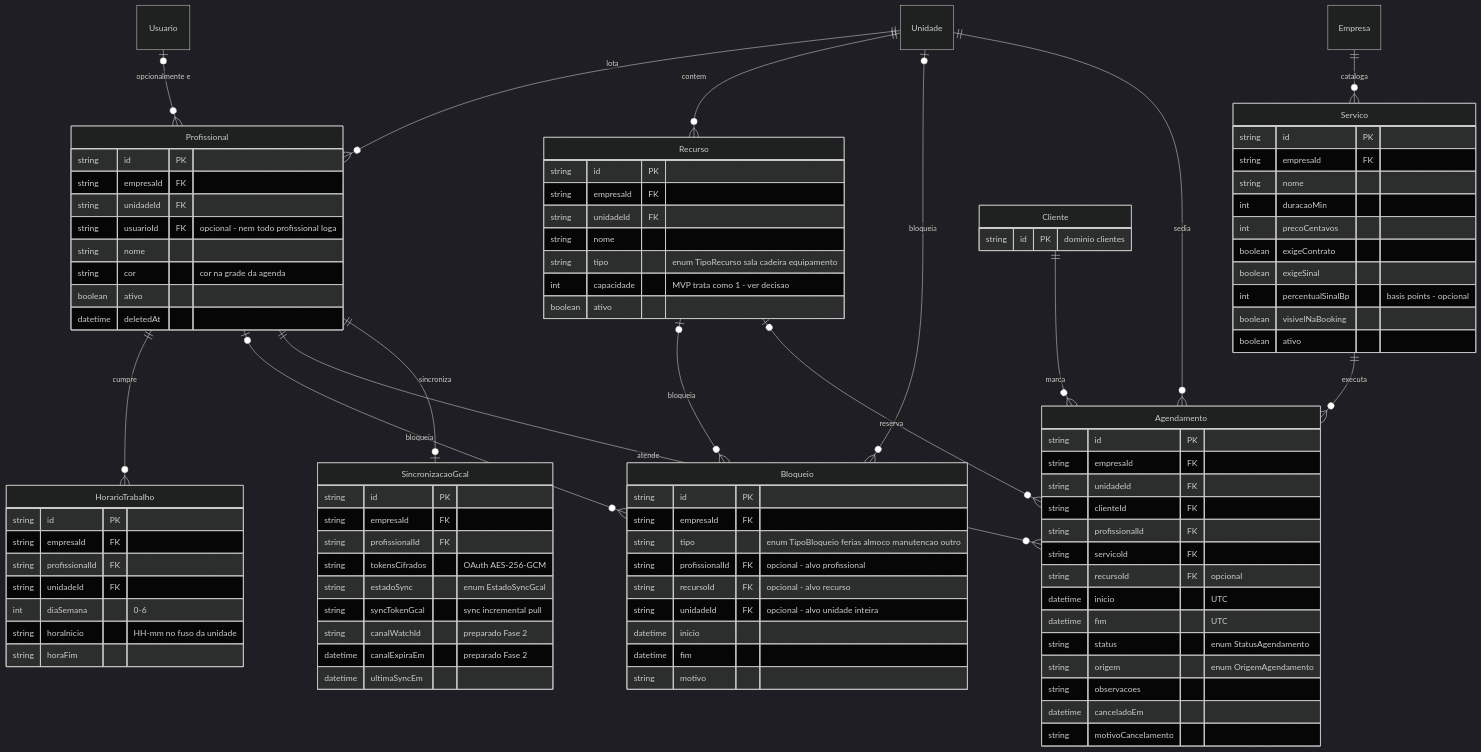
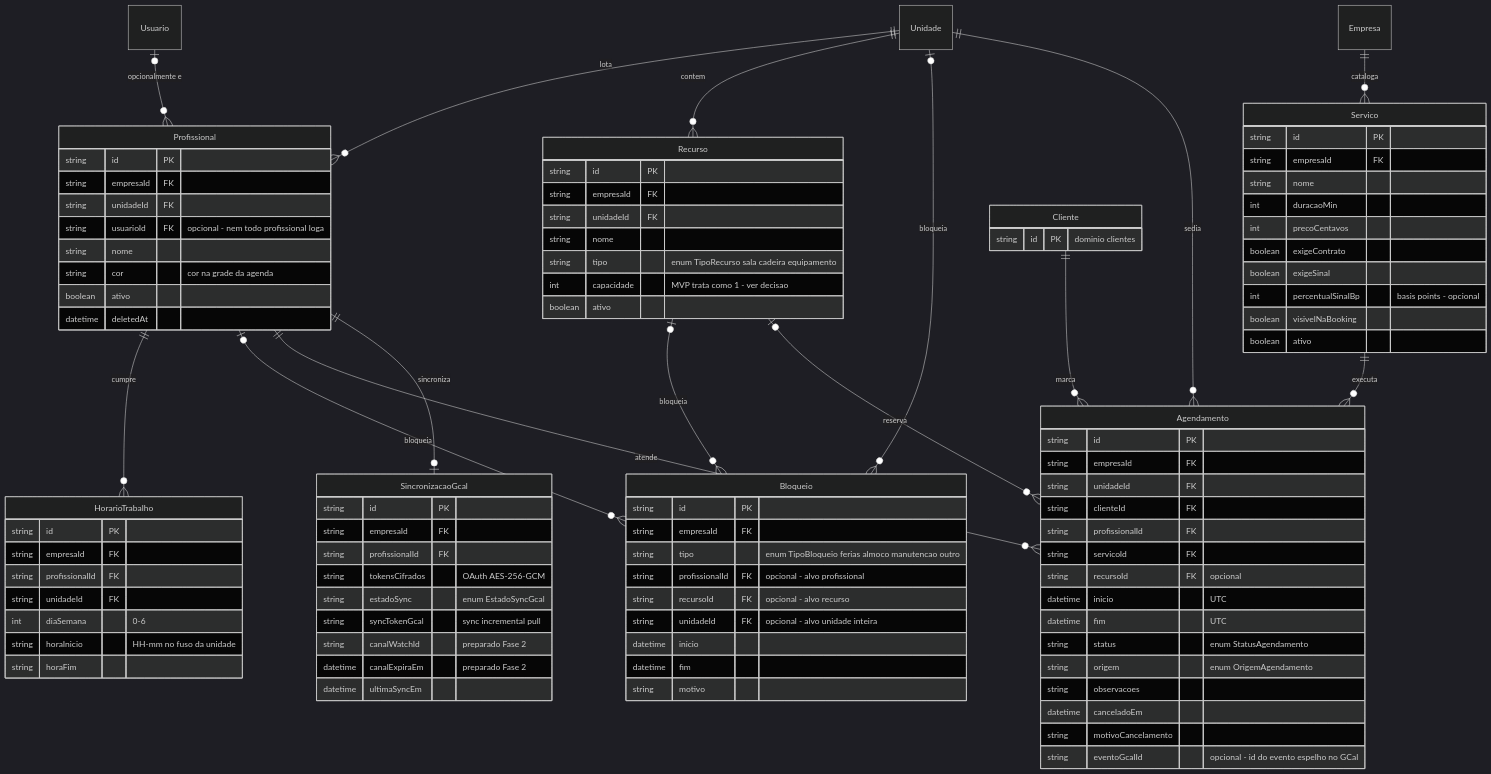
One commit to enesioteixeira/agendaai changed the second of 10 diagrams in docs/02-modelo-de-dados.md. Above: the diagram before and after it, drawn with Mermaid (dark theme). The commit also changed other lines of this file and 7 other files, not shown here.

```diff
--- a/docs/02-modelo-de-dados.md
+++ b/docs/02-modelo-de-dados.md
@@ -229,6 +229,7 @@
         string observacoes
         datetime canceladoEm
         string motivoCancelamento
+        string eventoGcalId "opcional - id do evento espelho no GCal"
     }
     SincronizacaoGcal {
         string id PK
```
